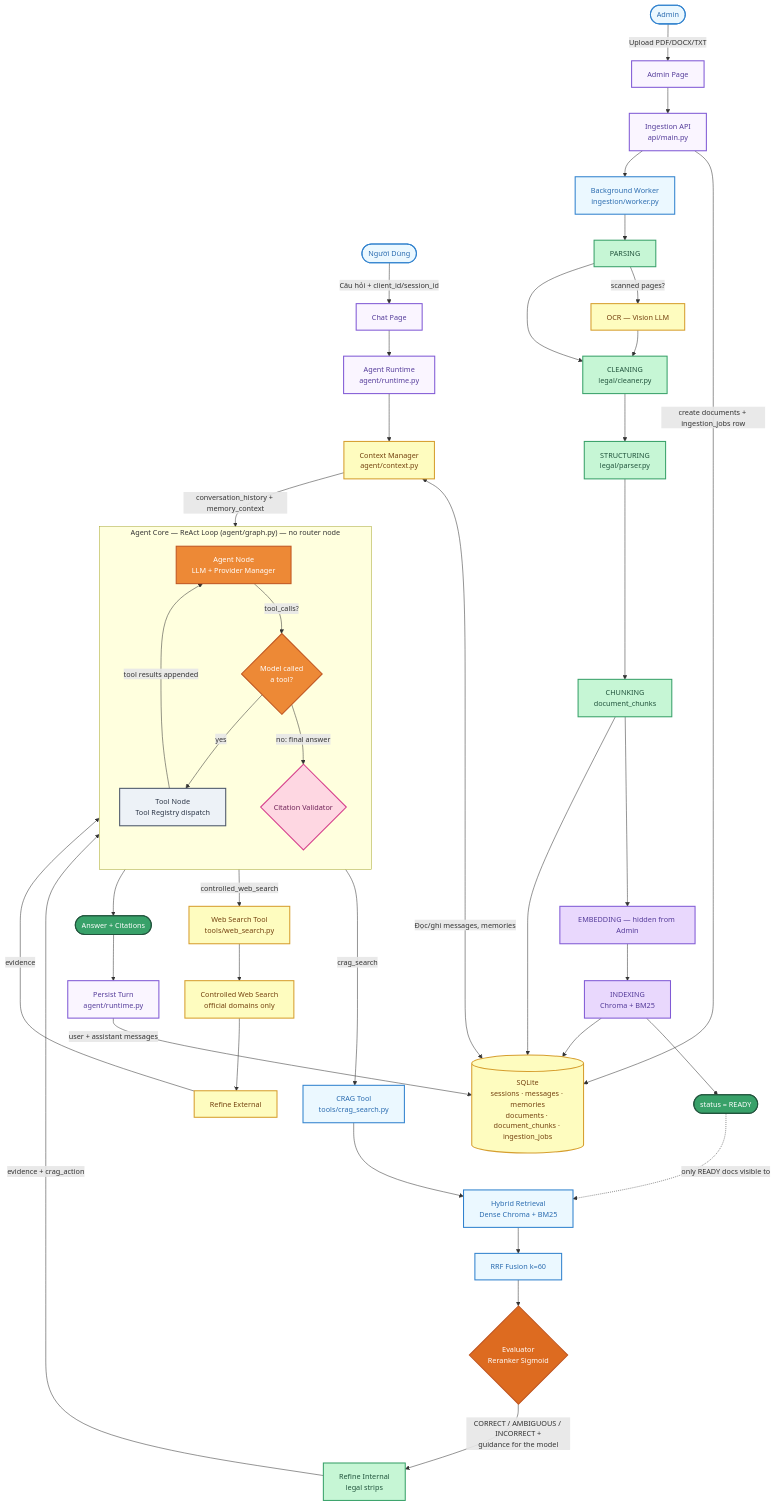
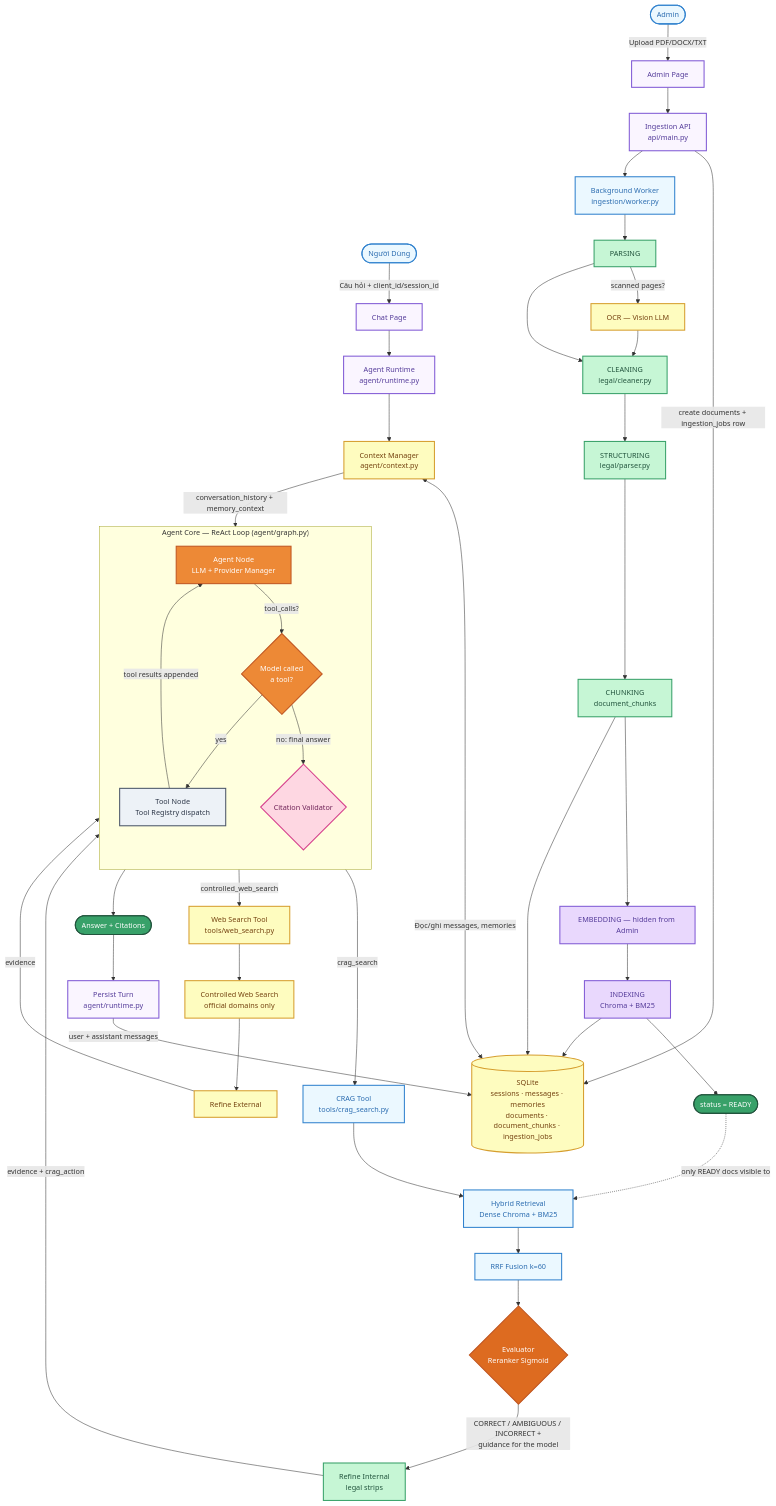
One commit to louisdevzz/crag changed the diagram in docs/workflow.mmd. Above: the diagram before and after it, drawn with Mermaid. The commit also changed 48 other files, not shown here.

Commit message:
docs: rewrite technical report with Times New Roman, optimized Mermaid diagrams, and clean ReAct architecture

```diff
--- a/docs/workflow.mmd
+++ b/docs/workflow.mmd
@@ -1,69 +1,69 @@
 %%{init: {'theme': 'default', 'themeVariables': {'background': '#FFFFFF', 'fontFamily': 'sans-serif', 'fontSize': '14px'}}}%%
 flowchart TD
     %% ============ CHAT SIDE ============
     USER([Người Dùng]):::cUser -->|Câu hỏi + client_id/session_id| CHATPAGE[Chat Page]:::cApi
     CHATPAGE --> RUNTIME[Agent Runtime<br/>agent/runtime.py]:::cApi
 
     RUNTIME --> CTXMGR[Context Manager<br/>agent/context.py]:::cMem
     CTXMGR <-->|Đọc/ghi messages, memories| SQLITE[(SQLite<br/>sessions · messages · memories<br/>documents · document_chunks · ingestion_jobs)]:::cMem
     CTXMGR -->|conversation_history + memory_context| CORE
 
-    subgraph REACT["Agent Core — ReAct Loop (agent/graph.py) — no router node"]
+    subgraph REACT["Agent Core — ReAct Loop (agent/graph.py)"]
         direction TB
         CORE[Agent Node<br/>LLM + Provider Manager]:::cRouter
         CORE -->|tool_calls?| DECIDE{Model called<br/>a tool?}:::cRouter
         DECIDE -->|yes| TOOLS[Tool Node<br/>Tool Registry dispatch]:::cDb
         TOOLS -->|tool results appended| CORE
         DECIDE -->|no: final answer| VALIDATE
     end
 
     TOOLS -->|crag_search| CRAGTOOL[CRAG Tool<br/>tools/crag_search.py]:::cRetrieve
     TOOLS -->|controlled_web_search| WEBTOOL[Web Search Tool<br/>tools/web_search.py]:::cAmb
 
     CRAGTOOL --> RETRIEVE[Hybrid Retrieval<br/>Dense Chroma + BM25]:::cRetrieve
     RETRIEVE --> RRF[RRF Fusion k=60]:::cRetrieve
     RRF --> EVAL{Evaluator<br/>Reranker Sigmoid}:::cEval
     EVAL -->|CORRECT / AMBIGUOUS / INCORRECT +<br/>guidance for the model| REFINE[Refine Internal<br/>legal strips]:::cCorrect
     REFINE -->|evidence + crag_action| TOOLS
 
     WEBTOOL --> SEARCH[Controlled Web Search<br/>official domains only]:::cAmb
     SEARCH --> REFINEEXT[Refine External]:::cAmb
     REFINEEXT -->|evidence| TOOLS
 
     VALIDATE{Citation Validator}:::cVal --> ANSWER([Answer + Citations]):::cSuccess
     ANSWER --> PERSIST[Persist Turn<br/>agent/runtime.py]:::cApi
     PERSIST -->|user + assistant messages| SQLITE
 
     %% ============ ADMIN / INGESTION SIDE ============
     ADMIN([Admin]):::cUser -->|Upload PDF/DOCX/TXT| ADMINPAGE[Admin Page]:::cApi
     ADMINPAGE --> INGESTAPI[Ingestion API<br/>api/main.py]:::cApi
     INGESTAPI -->|create documents + ingestion_jobs row| SQLITE
     INGESTAPI --> WORKER[Background Worker<br/>ingestion/worker.py]:::cRetrieve
 
     WORKER --> P_PARSE[PARSING]:::cCorrect
     P_PARSE -->|scanned pages?| P_OCR[OCR — Vision LLM]:::cAmb
     P_PARSE --> P_CLEAN[CLEANING<br/>legal/cleaner.py]:::cCorrect
     P_OCR --> P_CLEAN
     P_CLEAN --> P_STRUCT[STRUCTURING<br/>legal/parser.py]:::cCorrect
     P_STRUCT --> P_CHUNK[CHUNKING<br/>document_chunks]:::cCorrect
     P_CHUNK --> P_EMBED[EMBEDDING — hidden from Admin]:::cGen
     P_EMBED --> P_INDEX[INDEXING<br/>Chroma + BM25]:::cGen
     P_INDEX --> READY([status = READY]):::cSuccess
     READY -.->|only READY docs visible to| RETRIEVE
     P_CHUNK --> SQLITE
     P_INDEX --> SQLITE
 
     classDef cUser fill:#EBF8FF,stroke:#3182CE,stroke-width:2px,color:#2B6CB0;
     classDef cApi fill:#FAF5FF,stroke:#805AD5,stroke-width:2px,color:#553C9A;
     classDef cMem fill:#FEFCBF,stroke:#D69E2E,stroke-width:2px,color:#744210;
     classDef cRouter fill:#ED8936,stroke:#C05621,stroke-width:2px,color:#FFFFFF;
     classDef cDb fill:#EDF2F7,stroke:#4A5568,stroke-width:2px,color:#2D3748;
     classDef cRetrieve fill:#EBF8FF,stroke:#3182CE,stroke-width:2px,color:#2B6CB0;
     classDef cEval fill:#DD6B20,stroke:#C05621,stroke-width:2px,color:#FFFFFF;
     classDef cCorrect fill:#C6F6D5,stroke:#38A169,stroke-width:2px,color:#22543D;
     classDef cAmb fill:#FEFCBF,stroke:#D69E2E,stroke-width:2px,color:#744210;
     classDef cInc fill:#FED7D7,stroke:#E53E3E,stroke-width:2px,color:#742A2A;
     classDef cGen fill:#E9D8FD,stroke:#805AD5,stroke-width:2px,color:#553C9A;
     classDef cVal fill:#FED7E2,stroke:#D53F8C,stroke-width:2px,color:#702459;
     classDef cSuccess fill:#38A169,stroke:#22543D,stroke-width:2px,color:#FFFFFF;
     classDef cFail fill:#E53E3E,stroke:#742A2A,stroke-width:2px,color:#FFFFFF;
```
